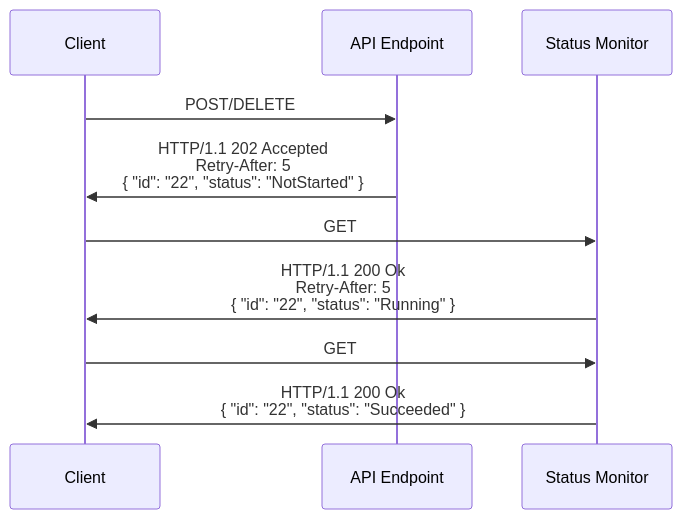
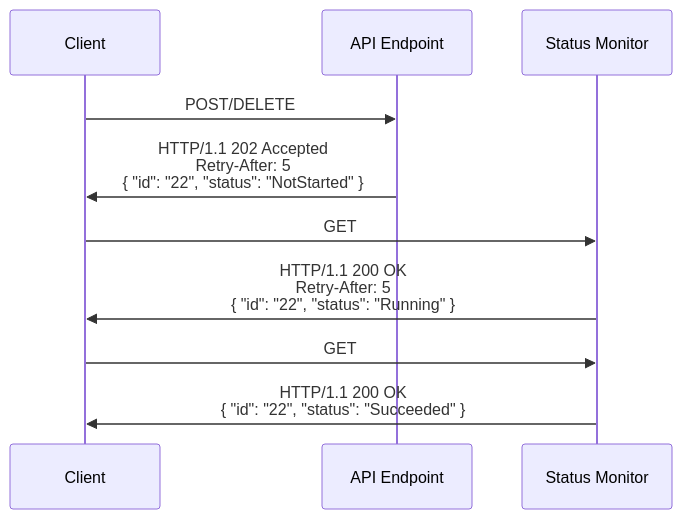
One commit to microsoft/api-guidelines changed the diagram in azure/ConsiderationsForServiceDesign.md. Above: the diagram before and after it, drawn with Mermaid. The commit also changed other lines of this file and 1 other file, not shown here.

````diff
--- a/azure/ConsiderationsForServiceDesign.md
+++ b/azure/ConsiderationsForServiceDesign.md
@@ -165,12 +165,12 @@
 ```mermaid
 sequenceDiagram
     participant Client
     participant API Endpoint
     participant Status Monitor
     Client->>API Endpoint: POST/DELETE
     API Endpoint->>Client: HTTP/1.1 202 Accepted<br/>Retry-After: 5<br/>{ "id": "22", "status": "NotStarted" }
     Client->>Status Monitor: GET
-    Status Monitor->>Client: HTTP/1.1 200 Ok<br/>Retry-After: 5<br/>{ "id": "22", "status": "Running" }
+    Status Monitor->>Client: HTTP/1.1 200 OK<br/>Retry-After: 5<br/>{ "id": "22", "status": "Running" }
     Client->>Status Monitor: GET
-    Status Monitor->>Client: HTTP/1.1 200 Ok<br/>{ "id": "22", "status": "Succeeded" }
+    Status Monitor->>Client: HTTP/1.1 200 OK<br/>{ "id": "22", "status": "Succeeded" }
 ```
````
